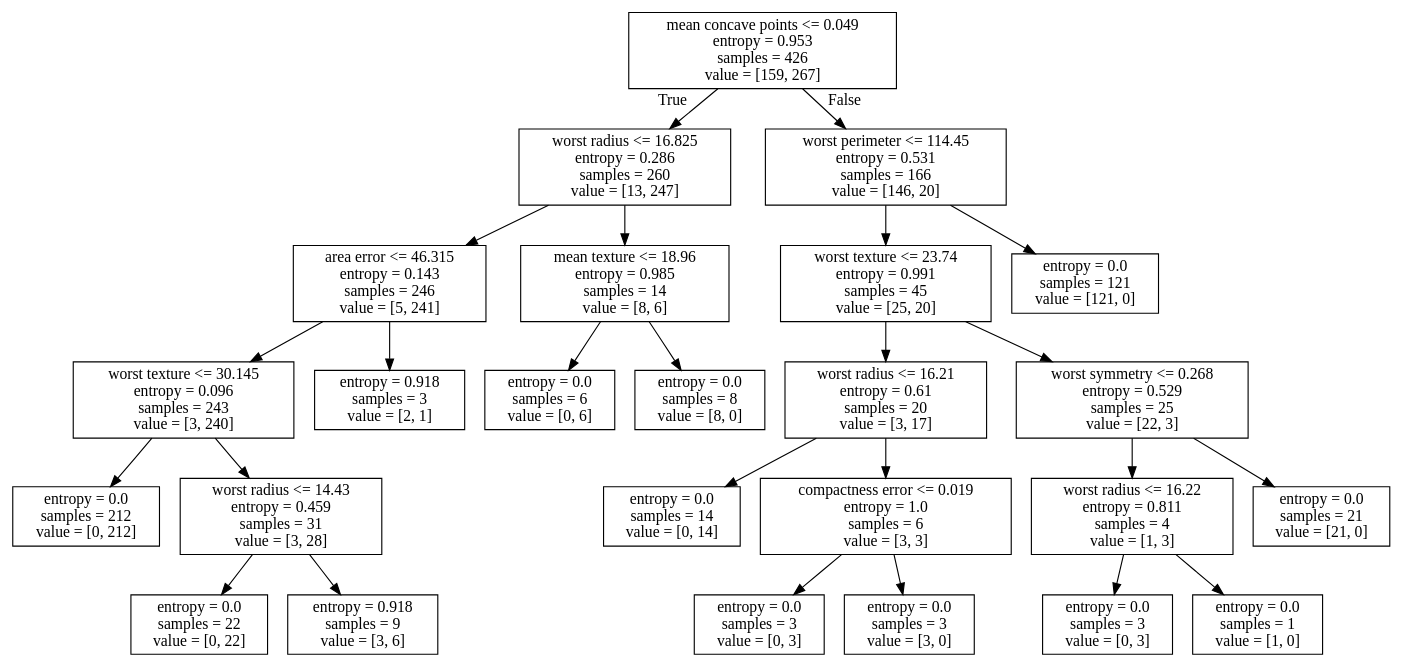
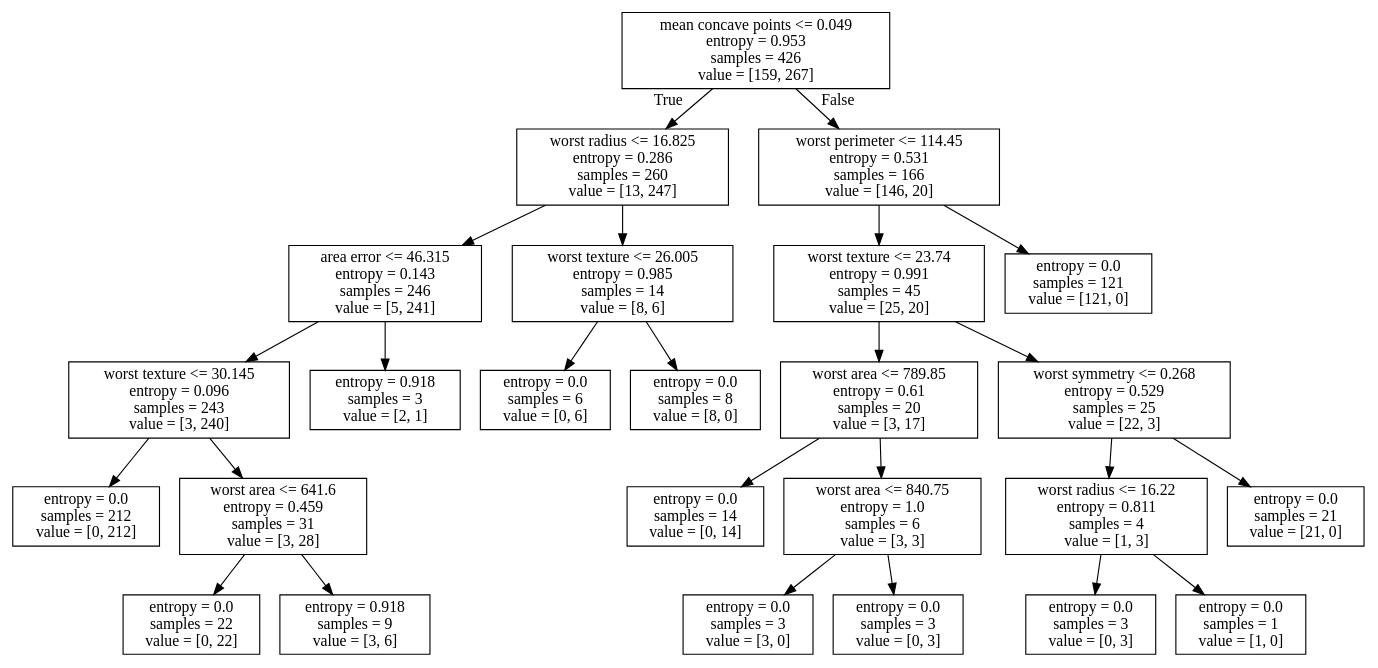
Before and after one commit to gomljo/DecisionTreeForPaper: the diagram in result/scikit-learn dot/breast cancer result-second.dot, drawn with Graphviz. The commit also changed 29 other files, not shown here.

```diff
--- a/result/scikit-learn dot/breast cancer result-second.dot
+++ b/result/scikit-learn dot/breast cancer result-second.dot
@@ -1,52 +1,52 @@
 digraph Tree {
 node [shape=box] ;
 0 [label="mean concave points <= 0.049\nentropy = 0.953\nsamples = 426\nvalue = [159, 267]"] ;
 1 [label="worst radius <= 16.825\nentropy = 0.286\nsamples = 260\nvalue = [13, 247]"] ;
 0 -> 1 [labeldistance=2.5, labelangle=45, headlabel="True"] ;
 2 [label="area error <= 46.315\nentropy = 0.143\nsamples = 246\nvalue = [5, 241]"] ;
 1 -> 2 ;
 3 [label="worst texture <= 30.145\nentropy = 0.096\nsamples = 243\nvalue = [3, 240]"] ;
 2 -> 3 ;
 4 [label="entropy = 0.0\nsamples = 212\nvalue = [0, 212]"] ;
 3 -> 4 ;
-5 [label="worst radius <= 14.43\nentropy = 0.459\nsamples = 31\nvalue = [3, 28]"] ;
+5 [label="worst area <= 641.6\nentropy = 0.459\nsamples = 31\nvalue = [3, 28]"] ;
 3 -> 5 ;
 6 [label="entropy = 0.0\nsamples = 22\nvalue = [0, 22]"] ;
 5 -> 6 ;
 7 [label="entropy = 0.918\nsamples = 9\nvalue = [3, 6]"] ;
 5 -> 7 ;
 8 [label="entropy = 0.918\nsamples = 3\nvalue = [2, 1]"] ;
 2 -> 8 ;
-9 [label="mean texture <= 18.96\nentropy = 0.985\nsamples = 14\nvalue = [8, 6]"] ;
+9 [label="worst texture <= 26.005\nentropy = 0.985\nsamples = 14\nvalue = [8, 6]"] ;
 1 -> 9 ;
 10 [label="entropy = 0.0\nsamples = 6\nvalue = [0, 6]"] ;
 9 -> 10 ;
 11 [label="entropy = 0.0\nsamples = 8\nvalue = [8, 0]"] ;
 9 -> 11 ;
 12 [label="worst perimeter <= 114.45\nentropy = 0.531\nsamples = 166\nvalue = [146, 20]"] ;
 0 -> 12 [labeldistance=2.5, labelangle=-45, headlabel="False"] ;
 13 [label="worst texture <= 23.74\nentropy = 0.991\nsamples = 45\nvalue = [25, 20]"] ;
 12 -> 13 ;
-14 [label="worst radius <= 16.21\nentropy = 0.61\nsamples = 20\nvalue = [3, 17]"] ;
+14 [label="worst area <= 789.85\nentropy = 0.61\nsamples = 20\nvalue = [3, 17]"] ;
 13 -> 14 ;
 15 [label="entropy = 0.0\nsamples = 14\nvalue = [0, 14]"] ;
 14 -> 15 ;
-16 [label="compactness error <= 0.019\nentropy = 1.0\nsamples = 6\nvalue = [3, 3]"] ;
+16 [label="worst area <= 840.75\nentropy = 1.0\nsamples = 6\nvalue = [3, 3]"] ;
 14 -> 16 ;
-17 [label="entropy = 0.0\nsamples = 3\nvalue = [0, 3]"] ;
+17 [label="entropy = 0.0\nsamples = 3\nvalue = [3, 0]"] ;
 16 -> 17 ;
-18 [label="entropy = 0.0\nsamples = 3\nvalue = [3, 0]"] ;
+18 [label="entropy = 0.0\nsamples = 3\nvalue = [0, 3]"] ;
 16 -> 18 ;
 19 [label="worst symmetry <= 0.268\nentropy = 0.529\nsamples = 25\nvalue = [22, 3]"] ;
 13 -> 19 ;
 20 [label="worst radius <= 16.22\nentropy = 0.811\nsamples = 4\nvalue = [1, 3]"] ;
 19 -> 20 ;
 21 [label="entropy = 0.0\nsamples = 3\nvalue = [0, 3]"] ;
 20 -> 21 ;
 22 [label="entropy = 0.0\nsamples = 1\nvalue = [1, 0]"] ;
 20 -> 22 ;
 23 [label="entropy = 0.0\nsamples = 21\nvalue = [21, 0]"] ;
 19 -> 23 ;
 24 [label="entropy = 0.0\nsamples = 121\nvalue = [121, 0]"] ;
 12 -> 24 ;
 }
```
